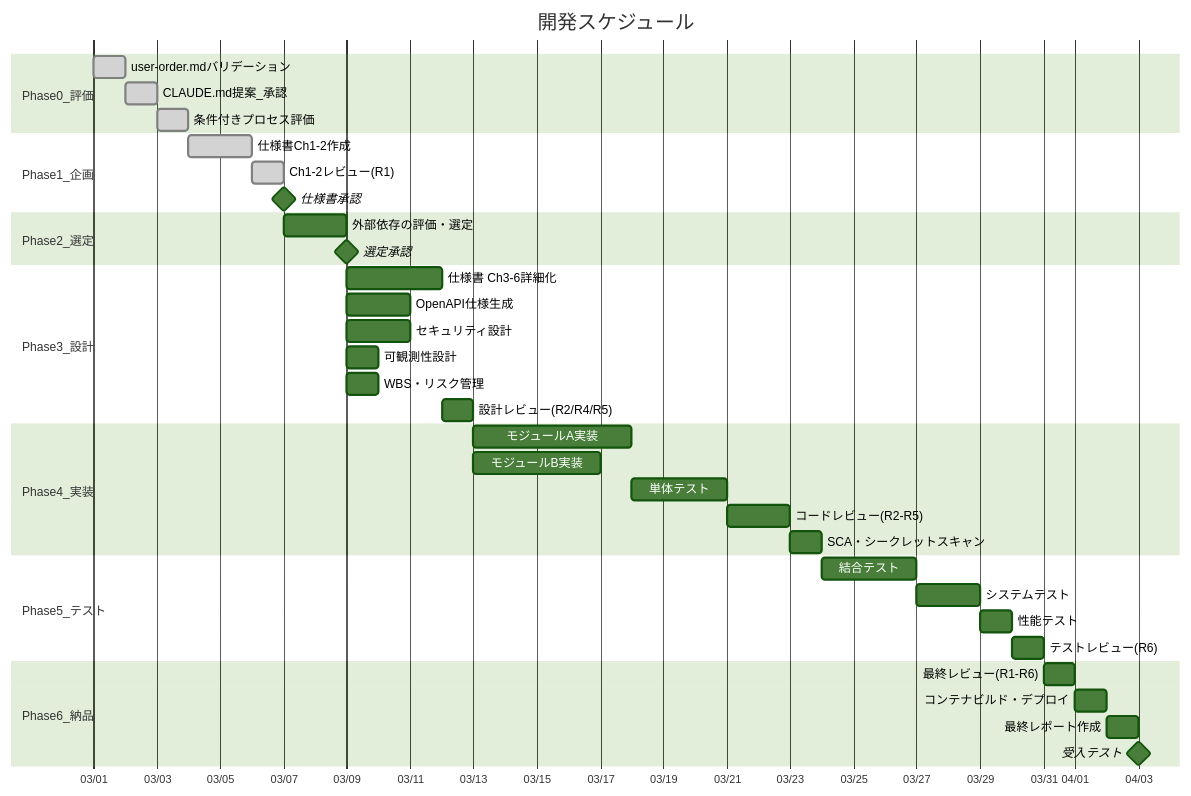
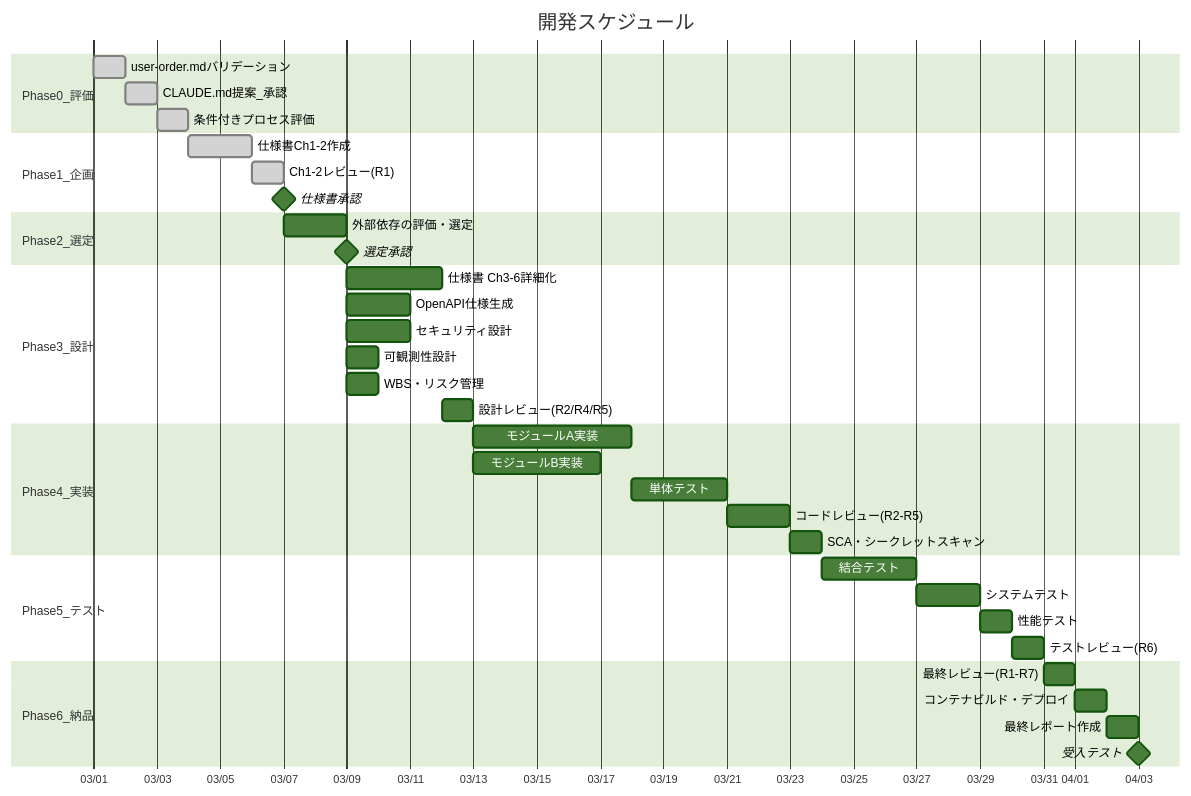
Before and after one commit to GoodRelax/gr-sw-maker: the fifth of 12 diagrams in framework-src/ja/process-rules/full-auto-dev-process-rules.md, drawn with Mermaid (forest theme). The commit also changed other lines of this file and 24 other files, not shown here.

````diff
--- a/framework-src/ja/process-rules/full-auto-dev-process-rules.md
+++ b/framework-src/ja/process-rules/full-auto-dev-process-rules.md
@@ -916,47 +916,47 @@
 ```mermaid
 gantt
     title 開発スケジュール
     dateFormat  YYYY-MM-DD
     axisFormat  %m/%d
 
     section Phase0_評価
     user-order.mdバリデーション     : done, p0a, 2026-03-01, 1d
     CLAUDE.md提案_承認             : done, p0a2, after p0a, 1d
     条件付きプロセス評価           : done, p0b, after p0a2, 1d
 
     section Phase1_企画
     仕様書Ch1-2作成                 : done, p1b, after p0b, 2d
     Ch1-2レビュー(R1)              : done, p1c, after p1b, 1d
     仕様書承認                    : milestone, p1d, after p1c, 0d
 
     section Phase2_選定
     外部依存の評価・選定           : p2s, after p1d, 2d
     選定承認                      : milestone, p2m, after p2s, 0d
 
     section Phase3_設計
     仕様書 Ch3-6詳細化              : p3a, after p2m, 3d
     OpenAPI仕様生成               : p3e, after p2m, 2d
     セキュリティ設計               : p3b, after p2m, 2d
     可観測性設計                   : p3f, after p2m, 1d
     WBS・リスク管理               : p3c, after p2m, 1d
     設計レビュー(R2/R4/R5)        : p3d, after p3a, 1d
 
     section Phase4_実装
     モジュールA実装               : p4a, after p3d, 5d
     モジュールB実装               : p4b, after p3d, 4d
     単体テスト                    : p4c, after p4a, 3d
     コードレビュー(R2-R5)        : p4d, after p4c, 2d
     SCA・シークレットスキャン      : p4e, after p4d, 1d
 
     section Phase5_テスト
     結合テスト                    : p5a, after p4e, 3d
     システムテスト                 : p5b, after p5a, 2d
     性能テスト                    : p5g, after p5b, 1d
     テストレビュー(R6)             : p5c, after p5g, 1d
 
     section Phase6_納品
-    最終レビュー(R1-R6)            : p6a, after p5c, 1d
+    最終レビュー(R1-R7)            : p6a, after p5c, 1d
     コンテナビルド・デプロイ        : p6b, after p6a, 1d
     最終レポート作成               : p6c, after p6b, 1d
     受入テスト                    : milestone, p6d, after p6c, 0d
 ```
````
